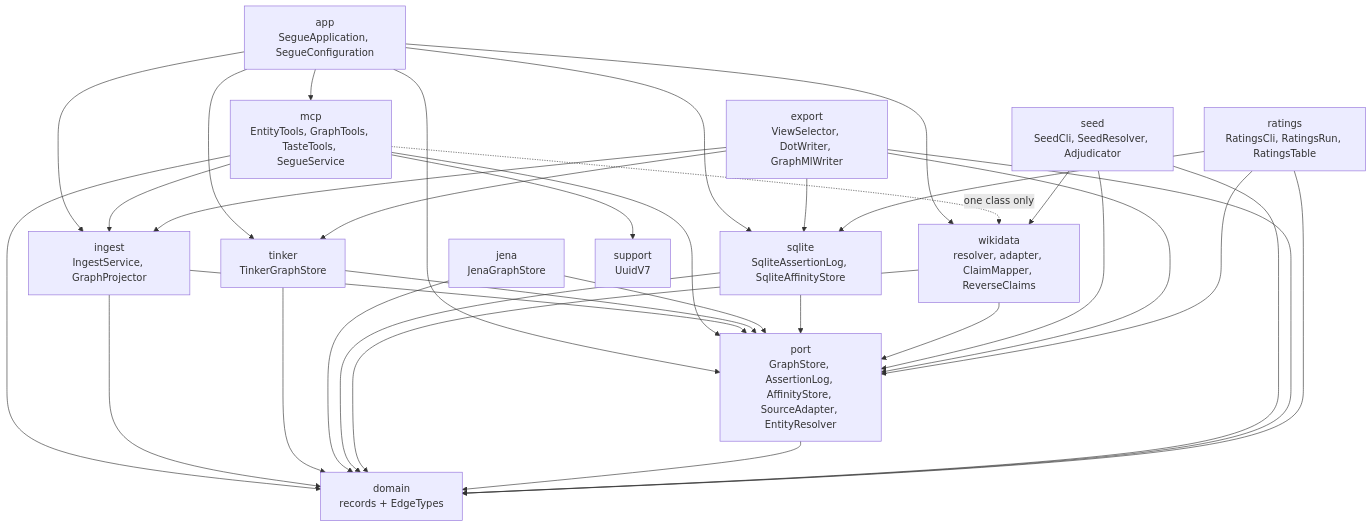
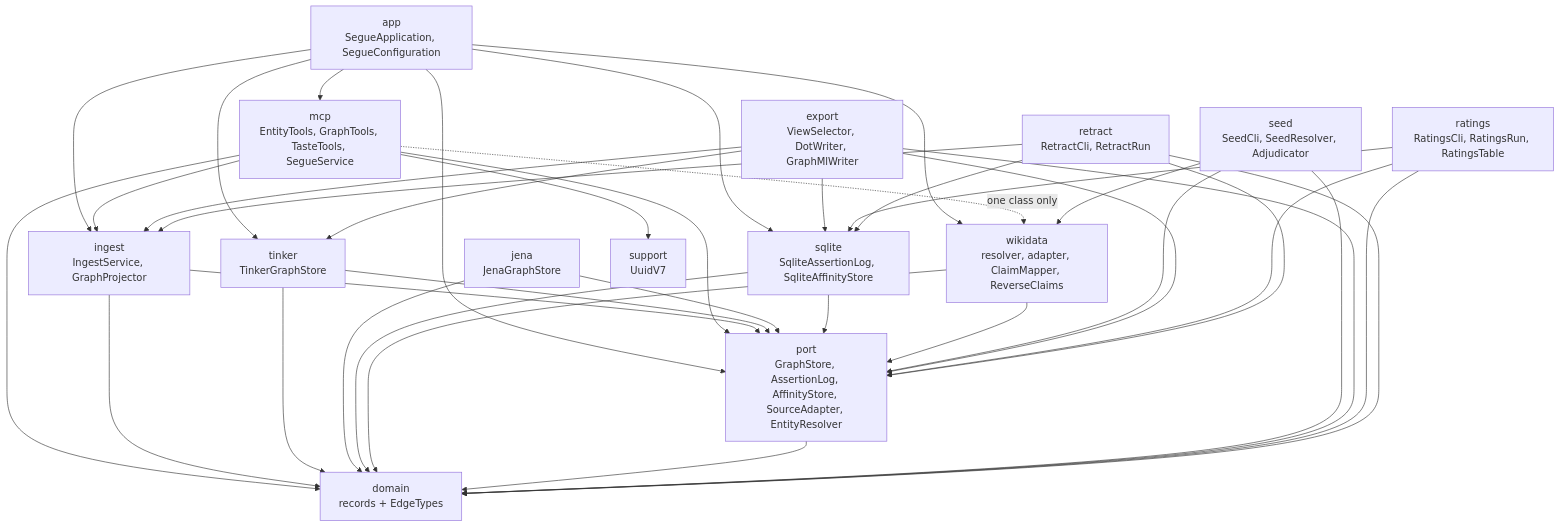
The first of 4 diagrams in docs/developer-guide.md (robsartin/segue), drawn with Mermaid before and after one commit. The commit also changed other lines of this file and 25 other files, not shown here.

````diff
--- a/docs/developer-guide.md
+++ b/docs/developer-guide.md
@@ -60,50 +61,55 @@
 ```mermaid
 graph TD
   app["app<br/>SegueApplication, SegueConfiguration"]
   mcp["mcp<br/>EntityTools, GraphTools, TasteTools, SegueService"]
   ingest["ingest<br/>IngestService, GraphProjector"]
   tinker["tinker<br/>TinkerGraphStore"]
   jena["jena<br/>JenaGraphStore"]
   sqlite["sqlite<br/>SqliteAssertionLog, SqliteAffinityStore"]
   wikidata["wikidata<br/>resolver, adapter, ClaimMapper, ReverseClaims"]
   port["port<br/>GraphStore, AssertionLog, AffinityStore, SourceAdapter, EntityResolver"]
   domain["domain<br/>records + EdgeTypes"]
   support["support<br/>UuidV7"]
   seed["seed<br/>SeedCli, SeedResolver, Adjudicator"]
   export["export<br/>ViewSelector, DotWriter, GraphMlWriter"]
   ratings["ratings<br/>RatingsCli, RatingsRun, RatingsTable"]
+  retract["retract<br/>RetractCli, RetractRun"]
 
   app --> mcp
   app --> ingest
   app --> port
   app --> tinker
   app --> sqlite
   app --> wikidata
   mcp --> ingest
   mcp --> port
   mcp --> domain
   mcp --> support
   mcp -.->|"one class only"| wikidata
   ingest --> port
   ingest --> domain
   tinker --> port
   tinker --> domain
   jena --> port
   jena --> domain
   sqlite --> port
   sqlite --> domain
   wikidata --> port
   wikidata --> domain
   port --> domain
   seed --> port
   seed --> domain
   seed --> wikidata
   export --> port
   export --> domain
   export --> ingest
   export --> sqlite
   export --> tinker
   ratings --> port
   ratings --> domain
   ratings --> sqlite
+  retract --> port
+  retract --> domain
+  retract --> ingest
+  retract --> sqlite
 ```
````
